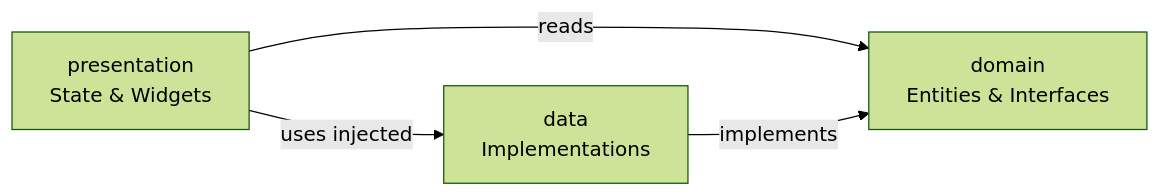
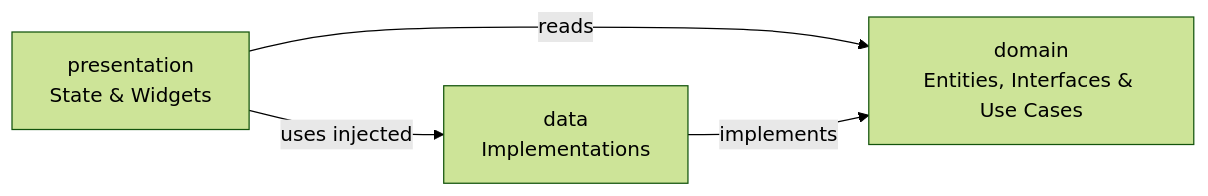
Before and after one commit to xscotophilic/learning-flutter: the diagram in 07.state-management/README.md, drawn with Mermaid (forest theme). The commit also changed other lines of this file, not shown here.

````diff
--- a/07.state-management/README.md
+++ b/07.state-management/README.md
@@ -80,6 +86,6 @@
 ```mermaid
 flowchart LR
-    P[presentation\nState & Widgets] -->|reads| D[domain\nEntities & Interfaces]
+    P[presentation\nState & Widgets] -->|reads| D[domain\nEntities, Interfaces & Use Cases]
     DA[data\nImplementations] -->|implements| D
     P -->|uses injected| DA
 ```
````
